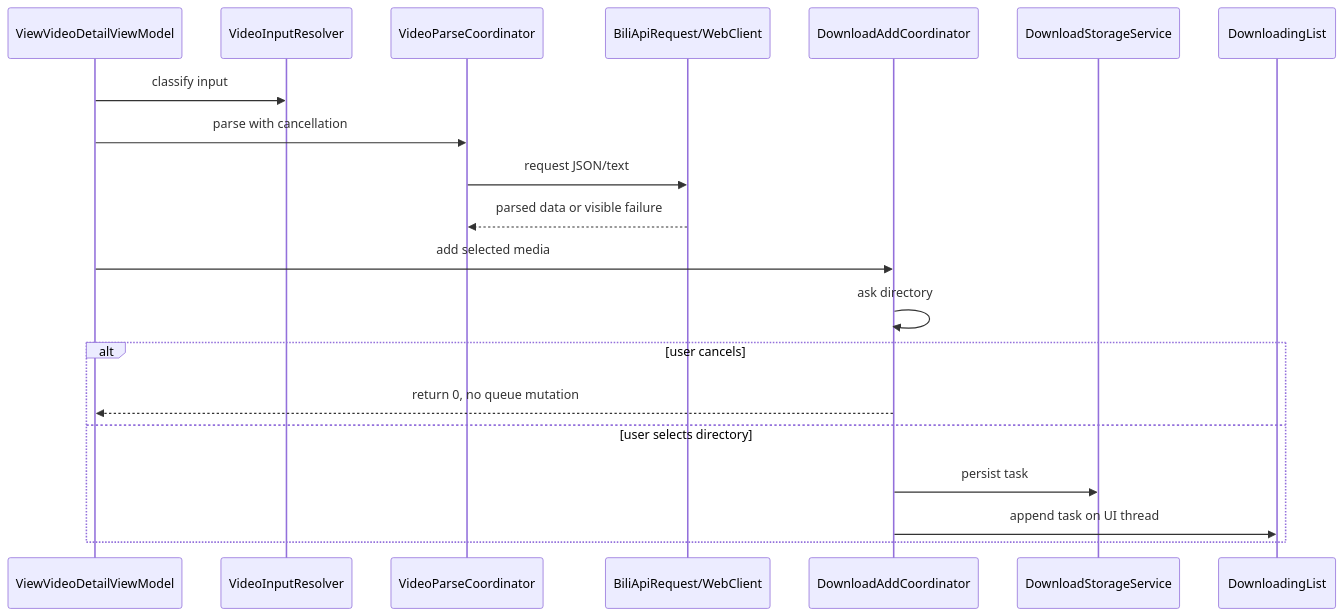
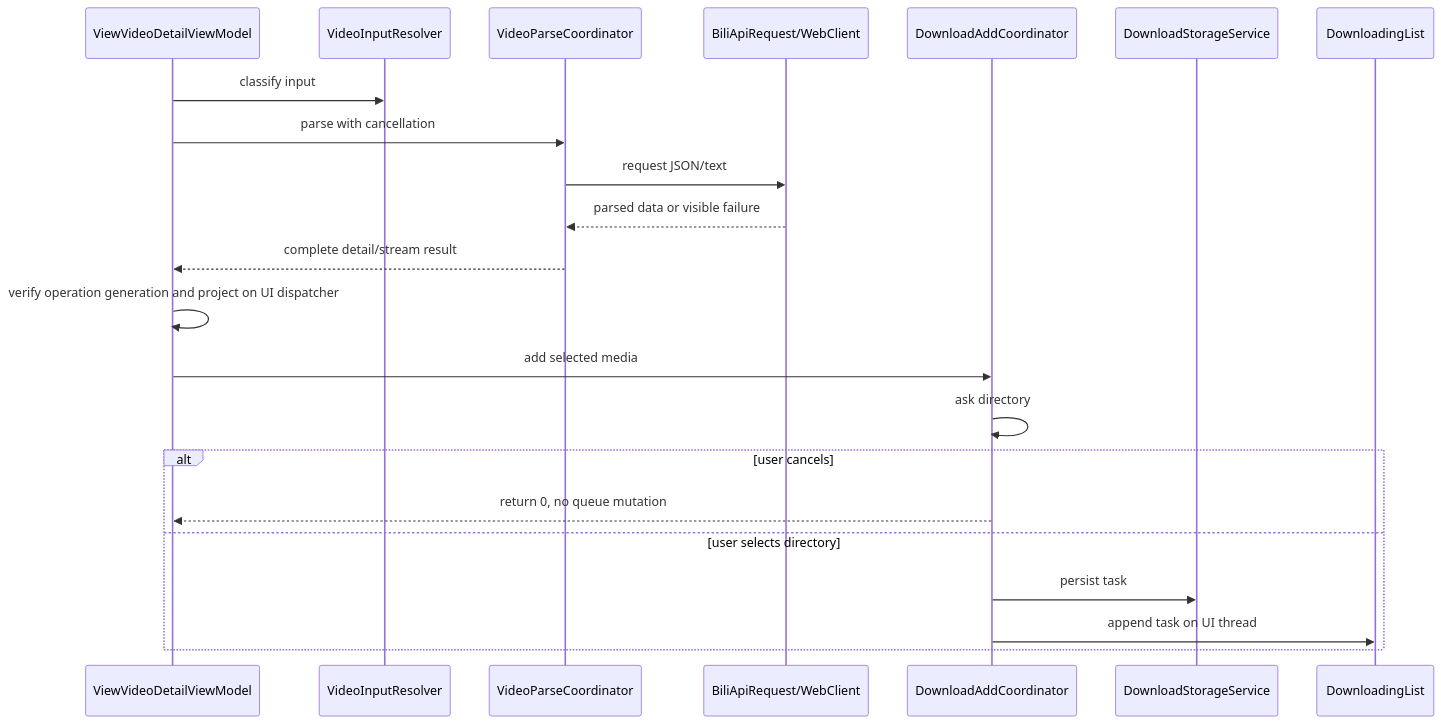
One commit to crazysmile-PhD/downkyicore changed the third of 4 diagrams in docs/ai-knowledge-graph.md. Above: the diagram before and after it, drawn with Mermaid. The commit also changed other lines of this file and 10 other files, not shown here.

````diff
--- a/docs/ai-knowledge-graph.md
+++ b/docs/ai-knowledge-graph.md
@@ -934,23 +938,25 @@
 ```mermaid
 sequenceDiagram
     participant VM as ViewVideoDetailViewModel
     participant Resolver as VideoInputResolver
     participant Parser as VideoParseCoordinator
     participant API as BiliApiRequest/WebClient
     participant Add as DownloadAddCoordinator
     participant Storage as DownloadStorageService
     participant Queue as DownloadingList
 
     VM->>Resolver: classify input
     VM->>Parser: parse with cancellation
     Parser->>API: request JSON/text
     API-->>Parser: parsed data or visible failure
+    Parser-->>VM: complete detail/stream result
+    VM->>VM: verify operation generation and project on UI dispatcher
     VM->>Add: add selected media
     Add->>Add: ask directory
     alt user cancels
         Add-->>VM: return 0, no queue mutation
     else user selects directory
         Add->>Storage: persist task
         Add->>Queue: append task on UI thread
     end
 ```
````
